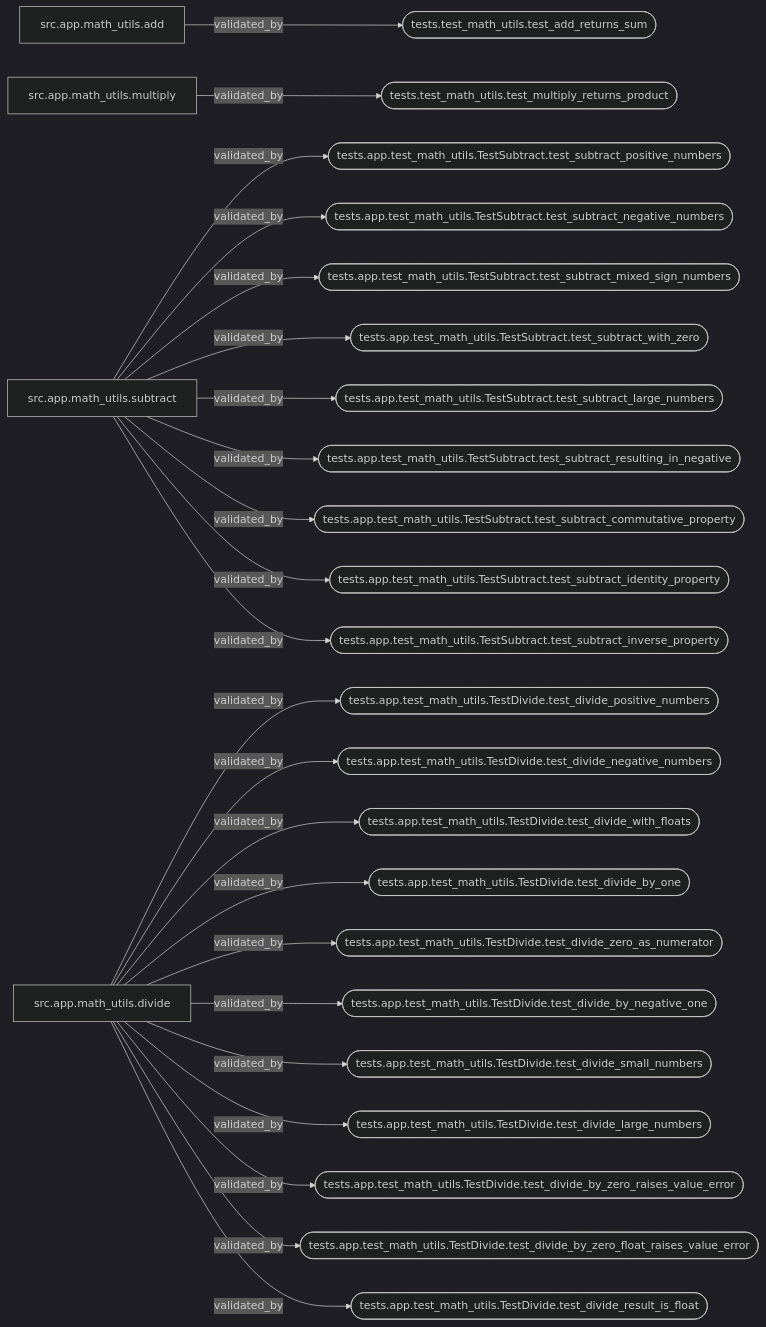
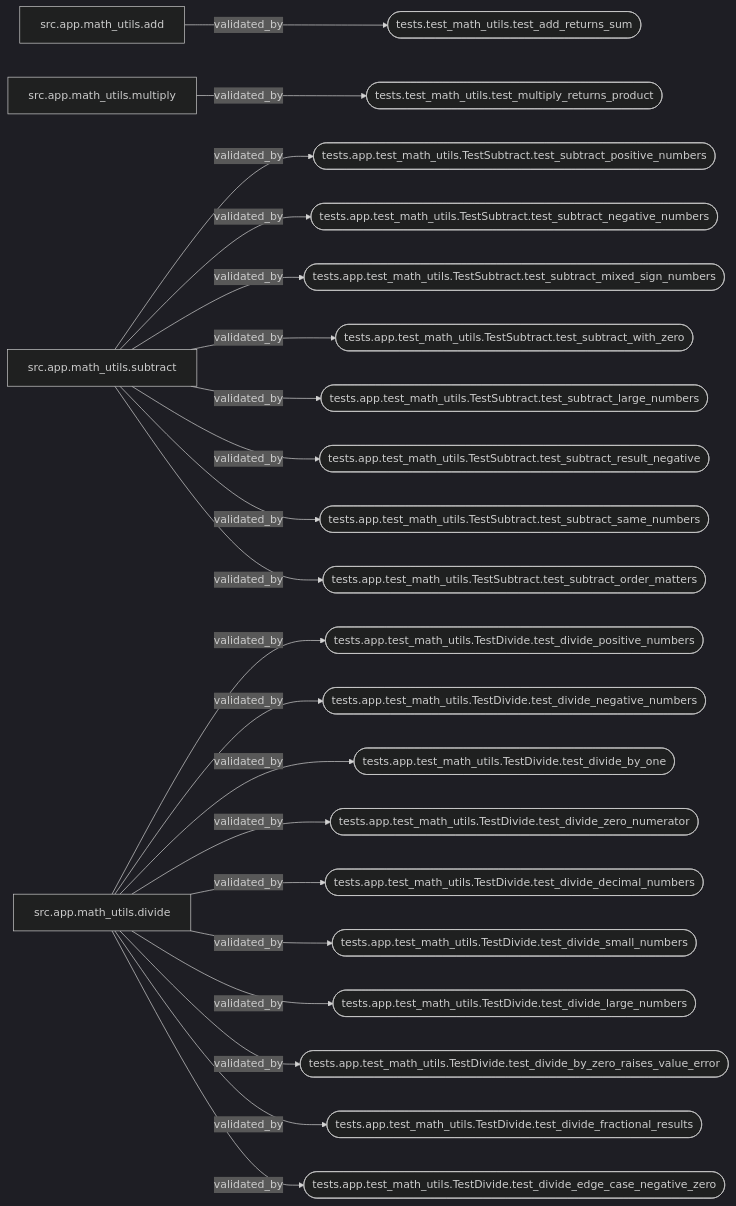
Before and after one commit to william-popmie/project-net-zero-backend: the diagram in spec-logic/output/langgraph_workflow/final_graph.mmd, drawn with Mermaid (dark theme). The commit also changed 5 other files, not shown here.

```diff
--- a/spec-logic/output/langgraph_workflow/final_graph.mmd
+++ b/spec-logic/output/langgraph_workflow/final_graph.mmd
@@ -1,49 +1,45 @@
 flowchart LR
     src_app_math_utils_add["src.app.math_utils.add"]
     src_app_math_utils_multiply["src.app.math_utils.multiply"]
     src_app_math_utils_subtract["src.app.math_utils.subtract"]
     src_app_math_utils_divide["src.app.math_utils.divide"]
     tests_test_math_utils_test_add_returns_sum(["tests.test_math_utils.test_add_returns_sum"])
     tests_test_math_utils_test_multiply_returns_product(["tests.test_math_utils.test_multiply_returns_product"])
     tests_app_test_math_utils_TestSubtract_test_subtract_positive_numbers(["tests.app.test_math_utils.TestSubtract.test_subtract_positive_numbers"])
     tests_app_test_math_utils_TestSubtract_test_subtract_negative_numbers(["tests.app.test_math_utils.TestSubtract.test_subtract_negative_numbers"])
     tests_app_test_math_utils_TestSubtract_test_subtract_mixed_sign_numbers(["tests.app.test_math_utils.TestSubtract.test_subtract_mixed_sign_numbers"])
     tests_app_test_math_utils_TestSubtract_test_subtract_with_zero(["tests.app.test_math_utils.TestSubtract.test_subtract_with_zero"])
     tests_app_test_math_utils_TestSubtract_test_subtract_large_numbers(["tests.app.test_math_utils.TestSubtract.test_subtract_large_numbers"])
-    tests_app_test_math_utils_TestSubtract_test_subtract_resulting_in_negative(["tests.app.test_math_utils.TestSubtract.test_subtract_resulting_in_negative"])
-    tests_app_test_math_utils_TestSubtract_test_subtract_commutative_property(["tests.app.test_math_utils.TestSubtract.test_subtract_commutative_property"])
-    tests_app_test_math_utils_TestSubtract_test_subtract_identity_property(["tests.app.test_math_utils.TestSubtract.test_subtract_identity_property"])
-    tests_app_test_math_utils_TestSubtract_test_subtract_inverse_property(["tests.app.test_math_utils.TestSubtract.test_subtract_inverse_property"])
+    tests_app_test_math_utils_TestSubtract_test_subtract_result_negative(["tests.app.test_math_utils.TestSubtract.test_subtract_result_negative"])
+    tests_app_test_math_utils_TestSubtract_test_subtract_same_numbers(["tests.app.test_math_utils.TestSubtract.test_subtract_same_numbers"])
+    tests_app_test_math_utils_TestSubtract_test_subtract_order_matters(["tests.app.test_math_utils.TestSubtract.test_subtract_order_matters"])
     tests_app_test_math_utils_TestDivide_test_divide_positive_numbers(["tests.app.test_math_utils.TestDivide.test_divide_positive_numbers"])
     tests_app_test_math_utils_TestDivide_test_divide_negative_numbers(["tests.app.test_math_utils.TestDivide.test_divide_negative_numbers"])
-    tests_app_test_math_utils_TestDivide_test_divide_with_floats(["tests.app.test_math_utils.TestDivide.test_divide_with_floats"])
     tests_app_test_math_utils_TestDivide_test_divide_by_one(["tests.app.test_math_utils.TestDivide.test_divide_by_one"])
-    tests_app_test_math_utils_TestDivide_test_divide_zero_as_numerator(["tests.app.test_math_utils.TestDivide.test_divide_zero_as_numerator"])
-    tests_app_test_math_utils_TestDivide_test_divide_by_negative_one(["tests.app.test_math_utils.TestDivide.test_divide_by_negative_one"])
+    tests_app_test_math_utils_TestDivide_test_divide_zero_numerator(["tests.app.test_math_utils.TestDivide.test_divide_zero_numerator"])
+    tests_app_test_math_utils_TestDivide_test_divide_decimal_numbers(["tests.app.test_math_utils.TestDivide.test_divide_decimal_numbers"])
     tests_app_test_math_utils_TestDivide_test_divide_small_numbers(["tests.app.test_math_utils.TestDivide.test_divide_small_numbers"])
     tests_app_test_math_utils_TestDivide_test_divide_large_numbers(["tests.app.test_math_utils.TestDivide.test_divide_large_numbers"])
     tests_app_test_math_utils_TestDivide_test_divide_by_zero_raises_value_error(["tests.app.test_math_utils.TestDivide.test_divide_by_zero_raises_value_error"])
-    tests_app_test_math_utils_TestDivide_test_divide_by_zero_float_raises_value_error(["tests.app.test_math_utils.TestDivide.test_divide_by_zero_float_raises_value_error"])
-    tests_app_test_math_utils_TestDivide_test_divide_result_is_float(["tests.app.test_math_utils.TestDivide.test_divide_result_is_float"])
+    tests_app_test_math_utils_TestDivide_test_divide_fractional_results(["tests.app.test_math_utils.TestDivide.test_divide_fractional_results"])
+    tests_app_test_math_utils_TestDivide_test_divide_edge_case_negative_zero(["tests.app.test_math_utils.TestDivide.test_divide_edge_case_negative_zero"])
     src_app_math_utils_add -->|validated_by| tests_test_math_utils_test_add_returns_sum
     src_app_math_utils_multiply -->|validated_by| tests_test_math_utils_test_multiply_returns_product
     src_app_math_utils_subtract -->|validated_by| tests_app_test_math_utils_TestSubtract_test_subtract_positive_numbers
     src_app_math_utils_subtract -->|validated_by| tests_app_test_math_utils_TestSubtract_test_subtract_negative_numbers
     src_app_math_utils_subtract -->|validated_by| tests_app_test_math_utils_TestSubtract_test_subtract_mixed_sign_numbers
     src_app_math_utils_subtract -->|validated_by| tests_app_test_math_utils_TestSubtract_test_subtract_with_zero
     src_app_math_utils_subtract -->|validated_by| tests_app_test_math_utils_TestSubtract_test_subtract_large_numbers
-    src_app_math_utils_subtract -->|validated_by| tests_app_test_math_utils_TestSubtract_test_subtract_resulting_in_negative
-    src_app_math_utils_subtract -->|validated_by| tests_app_test_math_utils_TestSubtract_test_subtract_commutative_property
-    src_app_math_utils_subtract -->|validated_by| tests_app_test_math_utils_TestSubtract_test_subtract_identity_property
-    src_app_math_utils_subtract -->|validated_by| tests_app_test_math_utils_TestSubtract_test_subtract_inverse_property
+    src_app_math_utils_subtract -->|validated_by| tests_app_test_math_utils_TestSubtract_test_subtract_result_negative
+    src_app_math_utils_subtract -->|validated_by| tests_app_test_math_utils_TestSubtract_test_subtract_same_numbers
+    src_app_math_utils_subtract -->|validated_by| tests_app_test_math_utils_TestSubtract_test_subtract_order_matters
     src_app_math_utils_divide -->|validated_by| tests_app_test_math_utils_TestDivide_test_divide_positive_numbers
     src_app_math_utils_divide -->|validated_by| tests_app_test_math_utils_TestDivide_test_divide_negative_numbers
-    src_app_math_utils_divide -->|validated_by| tests_app_test_math_utils_TestDivide_test_divide_with_floats
     src_app_math_utils_divide -->|validated_by| tests_app_test_math_utils_TestDivide_test_divide_by_one
-    src_app_math_utils_divide -->|validated_by| tests_app_test_math_utils_TestDivide_test_divide_zero_as_numerator
-    src_app_math_utils_divide -->|validated_by| tests_app_test_math_utils_TestDivide_test_divide_by_negative_one
+    src_app_math_utils_divide -->|validated_by| tests_app_test_math_utils_TestDivide_test_divide_zero_numerator
+    src_app_math_utils_divide -->|validated_by| tests_app_test_math_utils_TestDivide_test_divide_decimal_numbers
     src_app_math_utils_divide -->|validated_by| tests_app_test_math_utils_TestDivide_test_divide_small_numbers
     src_app_math_utils_divide -->|validated_by| tests_app_test_math_utils_TestDivide_test_divide_large_numbers
     src_app_math_utils_divide -->|validated_by| tests_app_test_math_utils_TestDivide_test_divide_by_zero_raises_value_error
-    src_app_math_utils_divide -->|validated_by| tests_app_test_math_utils_TestDivide_test_divide_by_zero_float_raises_value_error
-    src_app_math_utils_divide -->|validated_by| tests_app_test_math_utils_TestDivide_test_divide_result_is_float
+    src_app_math_utils_divide -->|validated_by| tests_app_test_math_utils_TestDivide_test_divide_fractional_results
+    src_app_math_utils_divide -->|validated_by| tests_app_test_math_utils_TestDivide_test_divide_edge_case_negative_zero
```
